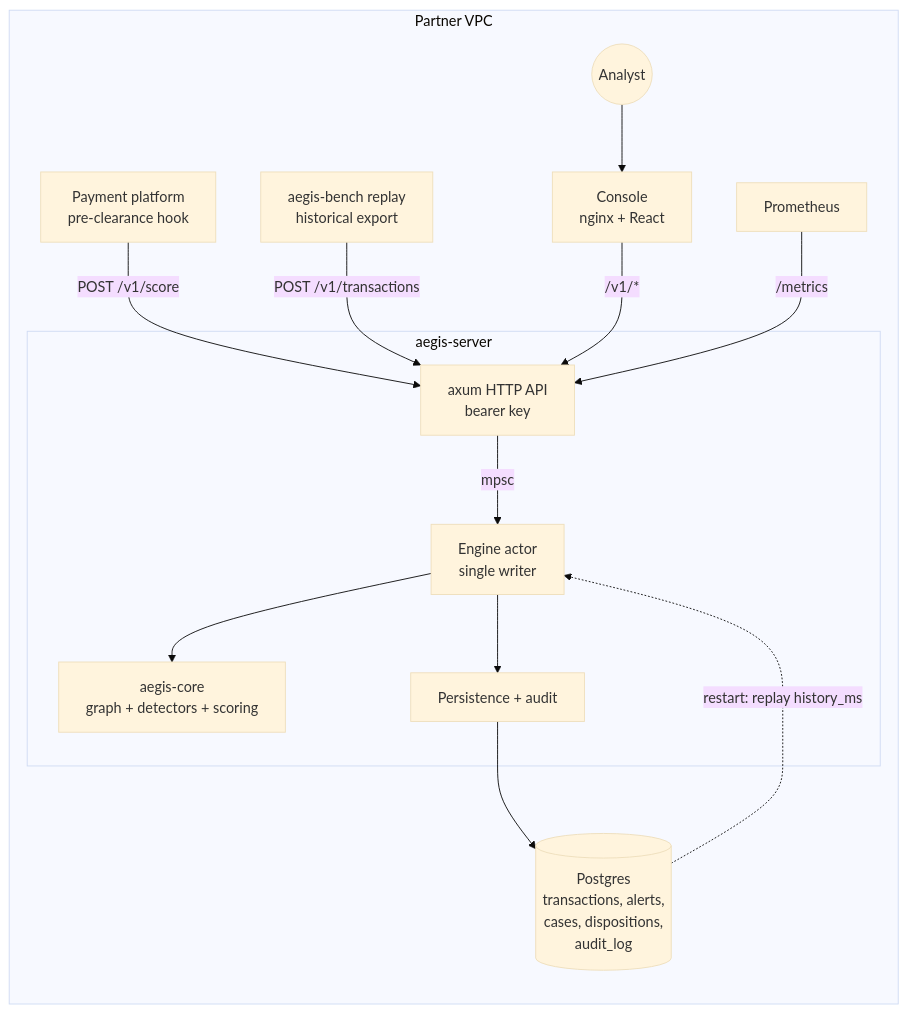
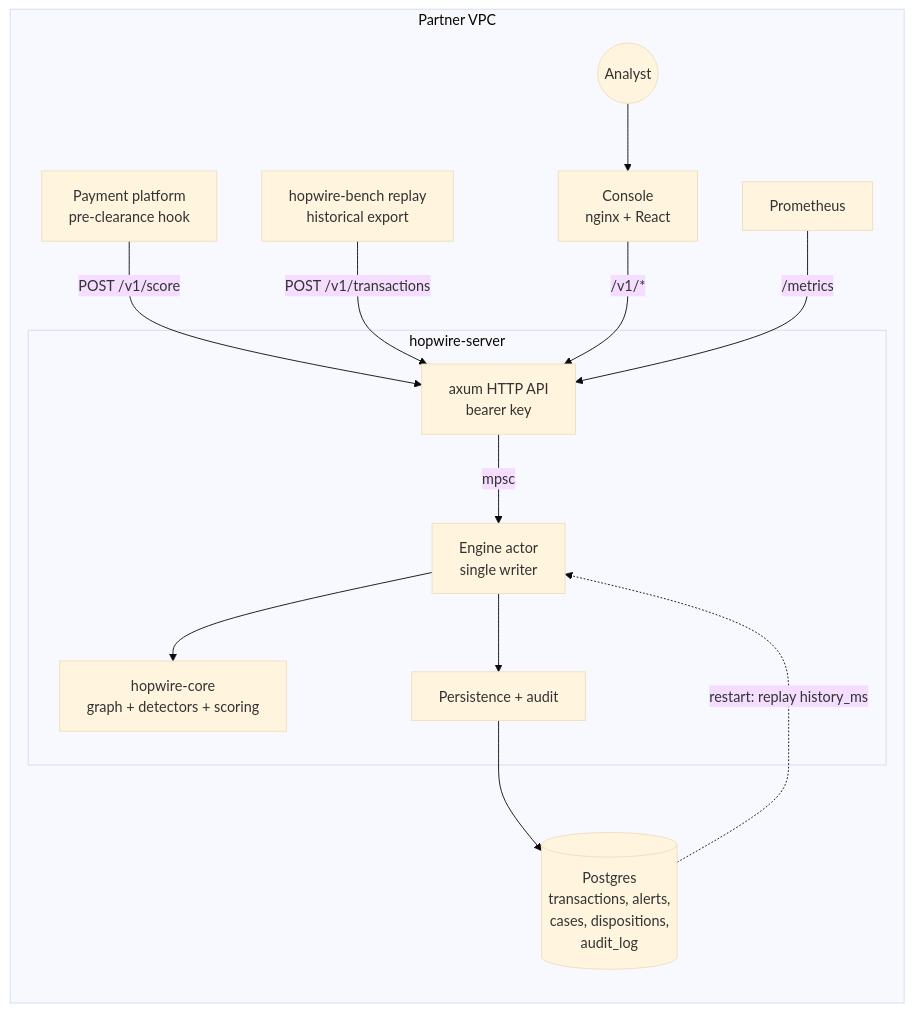
Before and after one commit to ZeroTrustZein/hopwire: the diagram in docs/architecture.md, drawn with Mermaid (base theme). The commit also changed other lines of this file and 126 other files, not shown here.

Commit message:
Rename project and crates from AegisGraph to Hopwire

````diff
--- a/docs/architecture.md
+++ b/docs/architecture.md
@@ -7,17 +7,17 @@
 ```mermaid
 flowchart LR
     subgraph Partner VPC
         SRC[Payment platform<br/>pre-clearance hook] -->|POST /v1/score| API
-        REPLAY[aegis-bench replay<br/>historical export] -->|POST /v1/transactions| API
-        subgraph engine[aegis-server]
+        REPLAY[hopwire-bench replay<br/>historical export] -->|POST /v1/transactions| API
+        subgraph engine[hopwire-server]
             API[axum HTTP API<br/>bearer key] -->|mpsc| ACTOR[Engine actor<br/>single writer]
-            ACTOR --> CORE[aegis-core<br/>graph + detectors + scoring]
+            ACTOR --> CORE[hopwire-core<br/>graph + detectors + scoring]
             ACTOR --> PERSIST[Persistence + audit]
         end
         PERSIST --> PG[(Postgres<br/>transactions, alerts,<br/>cases, dispositions,<br/>audit_log)]
         PG -.->|restart: replay history_ms| ACTOR
         CONSOLE[Console<br/>nginx + React] -->|/v1/*| API
         ANALYST((Analyst)) --> CONSOLE
         PROM[Prometheus] -->|/metrics| API
     end
 ```
````
